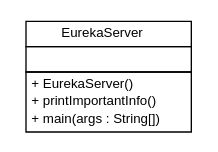
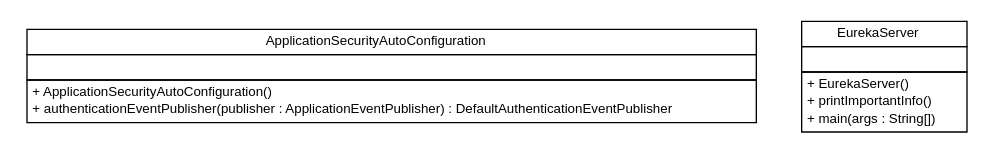
The diagram in snapshot/build-docker/maven-build-java8/spring-cloud-service-discovery/spring-cloud-eureka/spring-cloud-eureka-server/apidocs/cn/home1/cloud/netflix/eureka/server/cn.home1.cloud.netflix.eureka.server.dot (sfeng9d/spring-cloud-service-discovery), drawn with Graphviz before and after one commit. The commit also changed 116 other files, not shown here.

Commit message:
Creating site for spring-cloud-eureka-server-2.0.1-springboot2-SNAPSHOT

```diff
--- a/snapshot/build-docker/maven-build-java8/spring-cloud-service-discovery/spring-cloud-eureka/spring-cloud-eureka-server/apidocs/cn/home1/cloud/netflix/eureka/server/cn.home1.cloud.netflix.eureka.server.dot
+++ b/snapshot/build-docker/maven-build-java8/spring-cloud-service-discovery/spring-cloud-eureka/spring-cloud-eureka-server/apidocs/cn/home1/cloud/netflix/eureka/server/cn.home1.cloud.netflix.eureka.server.dot
@@ -1,26 +1,39 @@
 #!/usr/local/bin/dot
 #
 # Class diagram 
 # Generated by UMLGraph version R5_6-24-gf6e263 (http://www.umlgraph.org/)
 #
 
 digraph G {
 	edge [fontname="Helvetica",fontsize=10,labelfontname="Helvetica",labelfontsize=10];
 	node [fontname="Helvetica",fontsize=10,shape=plaintext];
 	nodesep=0.25;
 	ranksep=0.5;
+	// cn.home1.cloud.netflix.eureka.server.ApplicationSecurityAutoConfiguration
+	c0 [label=<<table title="cn.home1.cloud.netflix.eureka.server.ApplicationSecurityAutoConfiguration" border="0" cellborder="1" cellspacing="0" cellpadding="2" port="p" href="./ApplicationSecurityAutoConfiguration.html">
+		<tr><td><table border="0" cellspacing="0" cellpadding="1">
+<tr><td align="center" balign="center"> ApplicationSecurityAutoConfiguration </td></tr>
+		</table></td></tr>
+		<tr><td><table border="0" cellspacing="0" cellpadding="1">
+<tr><td align="left" balign="left">  </td></tr>
+		</table></td></tr>
+		<tr><td><table border="0" cellspacing="0" cellpadding="1">
+<tr><td align="left" balign="left"> + ApplicationSecurityAutoConfiguration() </td></tr>
+<tr><td align="left" balign="left"> + authenticationEventPublisher(publisher : ApplicationEventPublisher) : DefaultAuthenticationEventPublisher </td></tr>
+		</table></td></tr>
+		</table>>, URL="./ApplicationSecurityAutoConfiguration.html", fontname="Helvetica", fontcolor="black", fontsize=10.0];
 	// cn.home1.cloud.netflix.eureka.server.EurekaServer
-	c0 [label=<<table title="cn.home1.cloud.netflix.eureka.server.EurekaServer" border="0" cellborder="1" cellspacing="0" cellpadding="2" port="p" href="./EurekaServer.html">
+	c1 [label=<<table title="cn.home1.cloud.netflix.eureka.server.EurekaServer" border="0" cellborder="1" cellspacing="0" cellpadding="2" port="p" href="./EurekaServer.html">
 		<tr><td><table border="0" cellspacing="0" cellpadding="1">
 <tr><td align="center" balign="center"> EurekaServer </td></tr>
 		</table></td></tr>
 		<tr><td><table border="0" cellspacing="0" cellpadding="1">
 <tr><td align="left" balign="left">  </td></tr>
 		</table></td></tr>
 		<tr><td><table border="0" cellspacing="0" cellpadding="1">
 <tr><td align="left" balign="left"> + EurekaServer() </td></tr>
 <tr><td align="left" balign="left"> + printImportantInfo() </td></tr>
 <tr><td align="left" balign="left"> + main(args : String[]) </td></tr>
 		</table></td></tr>
 		</table>>, URL="./EurekaServer.html", fontname="Helvetica", fontcolor="black", fontsize=10.0];
 }
```
